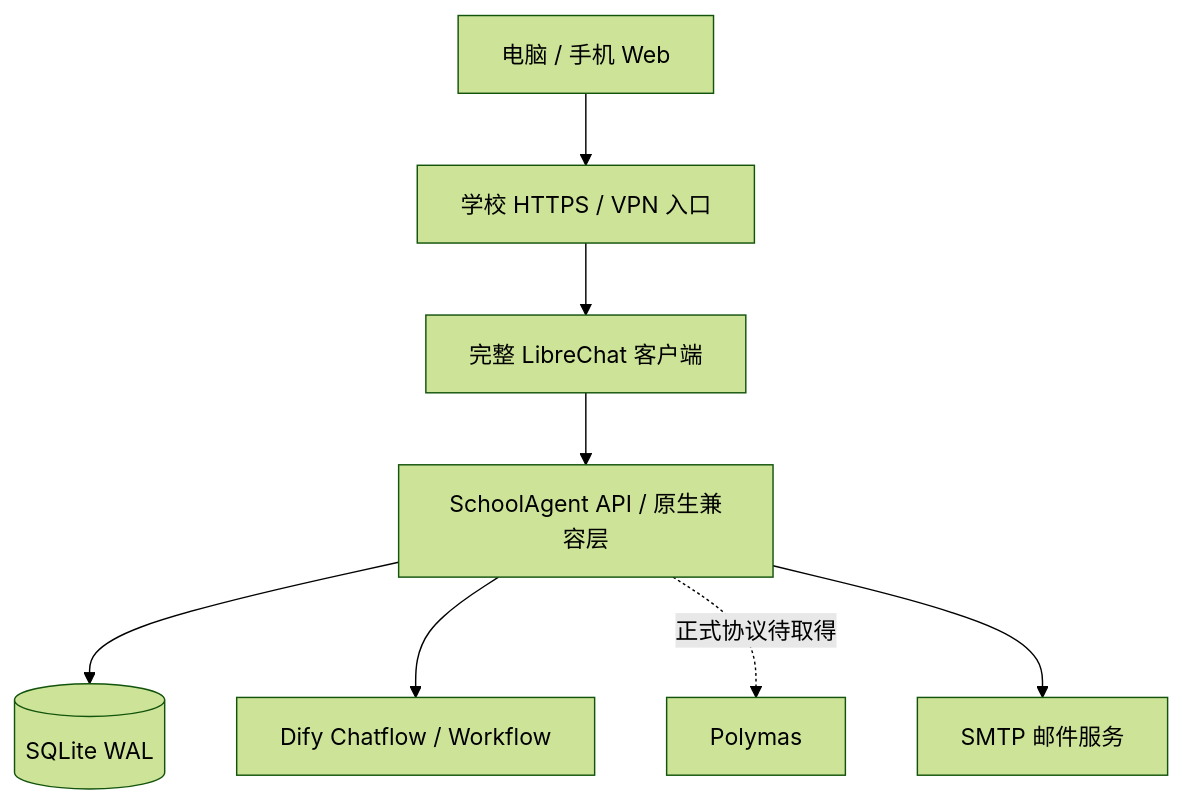
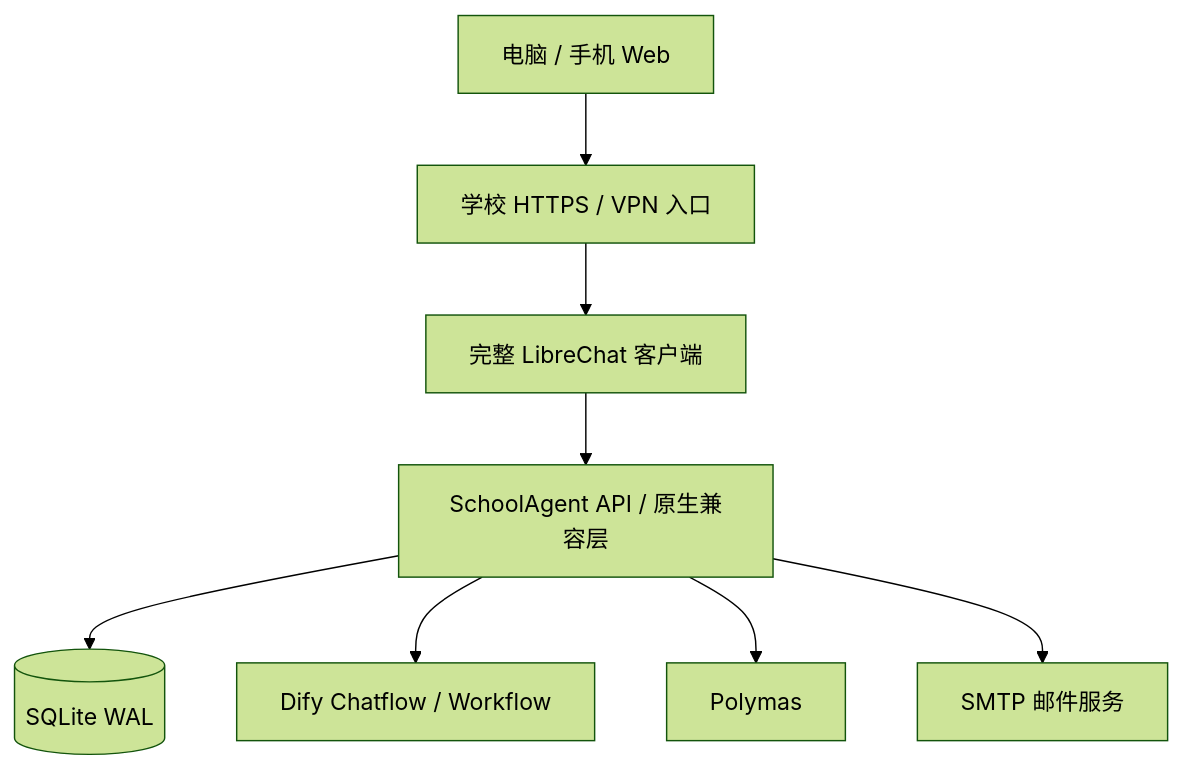
The diagram in README.md (ScyPolit/SchoolAgent), drawn with Mermaid (forest theme) before and after one commit. The commit also changed other lines of this file and 32 other files, not shown here.

````diff
--- a/README.md
+++ b/README.md
@@ -70,10 +70,10 @@
 ```mermaid
 flowchart TB
     User[电脑 / 手机 Web] --> Proxy[学校 HTTPS / VPN 入口]
     Proxy --> Client[完整 LibreChat 客户端]
     Client --> API[SchoolAgent API / 原生兼容层]
     API --> DB[(SQLite WAL)]
     API --> Dify[Dify Chatflow / Workflow]
-    API -. 正式协议待取得 .-> Polymas[Polymas]
+    API --> Polymas[Polymas]
     API --> SMTP[SMTP 邮件服务]
 ```
````
